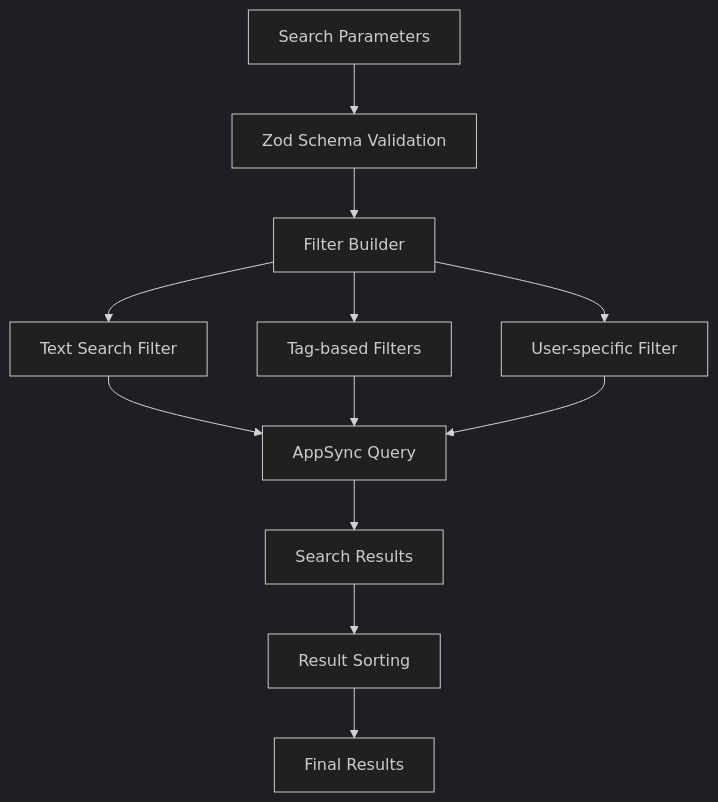
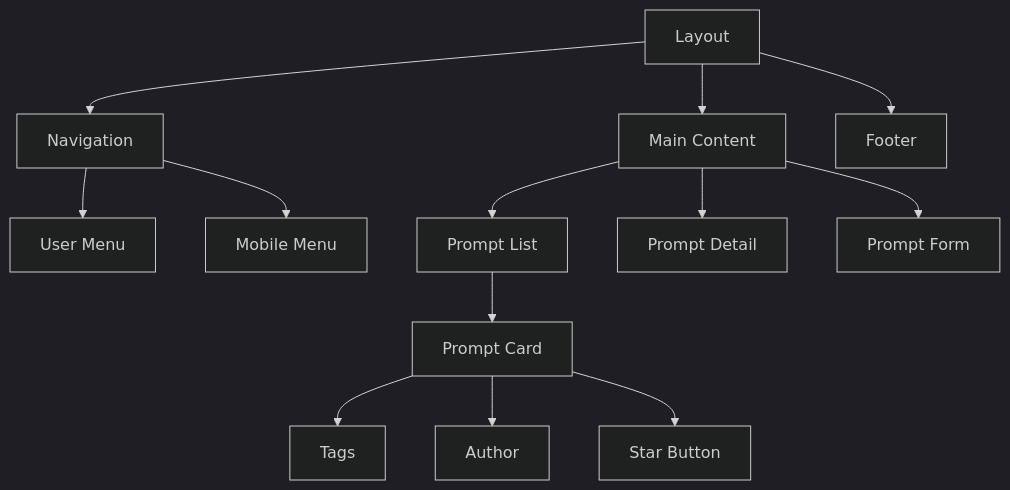
The third of 3 diagrams in memory-bank/systemPatterns.md (riletan/promptz), drawn with Mermaid (dark theme) before and after one commit. The commit also changed other lines of this file and 76 other files, not shown here.

````diff
--- a/memory-bank/systemPatterns.md
+++ b/memory-bank/systemPatterns.md
@@ -185,14 +50,18 @@
 ```mermaid
 flowchart TD
-    SearchParams[Search Parameters] --> Validation[Zod Schema Validation]
-    Validation --> FilterBuilder[Filter Builder]
-    FilterBuilder --> TextSearch[Text Search Filter]
-    FilterBuilder --> TagFilters[Tag-based Filters]
-    FilterBuilder --> UserFilter[User-specific Filter]
-    TextSearch --> AppSync[AppSync Query]
-    TagFilters --> AppSync
-    UserFilter --> AppSync
-    AppSync --> Results[Search Results]
-    Results --> Sorting[Result Sorting]
-    Sorting --> FinalResults[Final Results]
+    Layout[Layout] --> Nav[Navigation]
+    Layout --> Main[Main Content]
+    Layout --> Footer[Footer]
+
+    Nav --> UserMenu[User Menu]
+    Nav --> MobileMenu[Mobile Menu]
+
+    Main --> PromptList[Prompt List]
+    Main --> PromptDetail[Prompt Detail]
+    Main --> PromptForm[Prompt Form]
+
+    PromptList --> PromptCard[Prompt Card]
+    PromptCard --> Tags[Tags]
+    PromptCard --> Author[Author]
+    PromptCard --> StarButton[Star Button]
 ```
````
